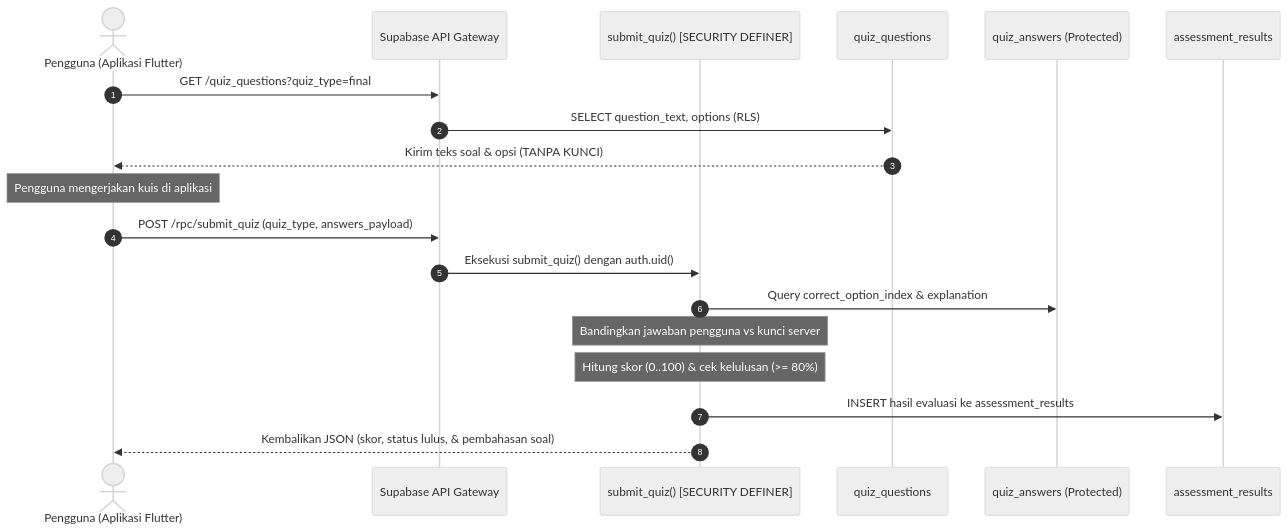
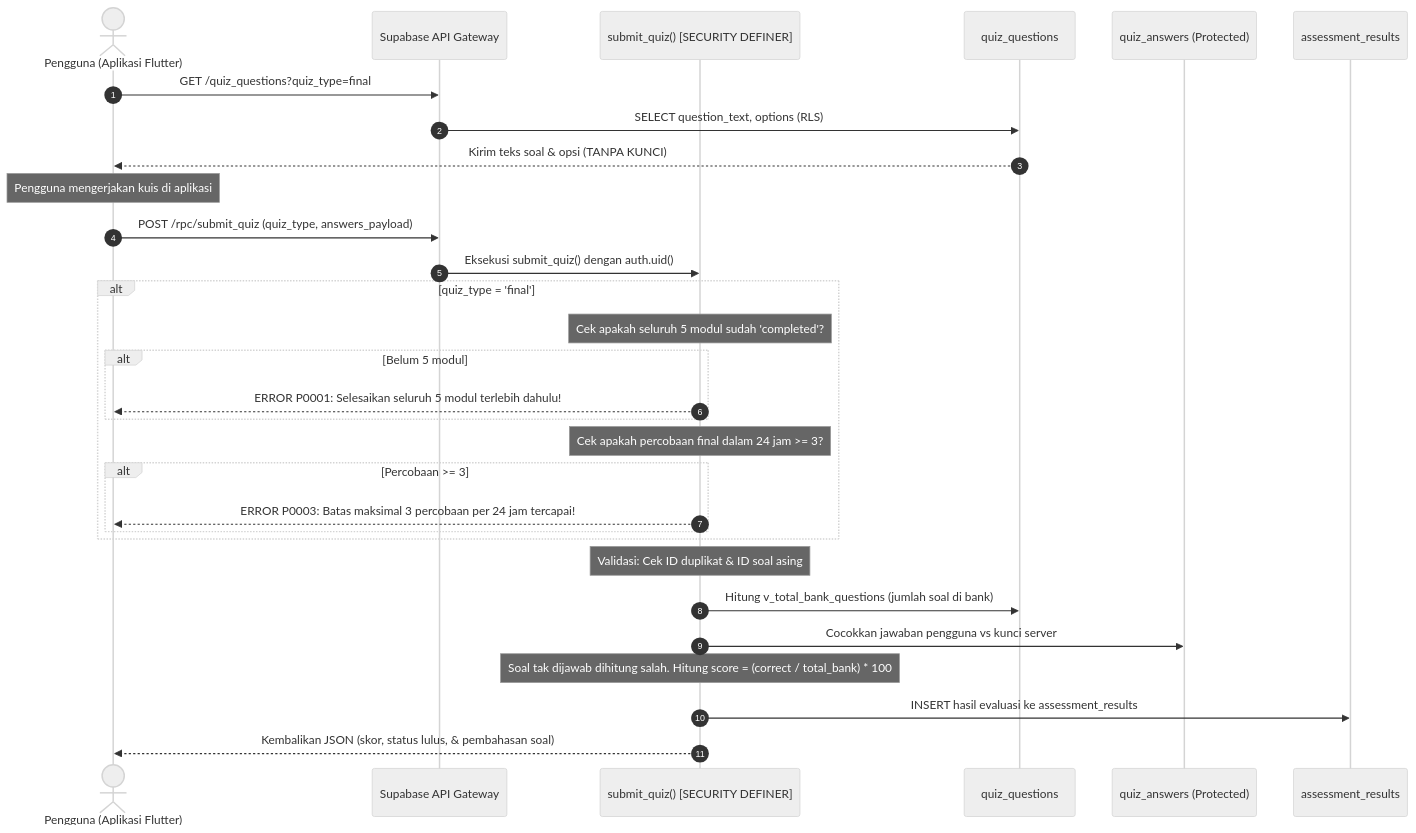
One commit to aladlhuu-hdp/Roveey-Learn changed the second of 4 diagrams in docs/BACKEND_DESIGN.md. Above: the diagram before and after it, drawn with Mermaid (neutral theme). The commit also changed other lines of this file and 5 other files, not shown here.

````diff
--- a/docs/BACKEND_DESIGN.md
+++ b/docs/BACKEND_DESIGN.md
@@ -272,24 +289,37 @@
 ```mermaid
 sequenceDiagram
     autonumber
     actor User as Pengguna (Aplikasi Flutter)
     participant PostgREST as Supabase API Gateway
     participant RPC as submit_quiz() [SECURITY DEFINER]
     participant QTable as quiz_questions
     participant ATable as quiz_answers (Protected)
     participant RTable as assessment_results
 
     User->>PostgREST: GET /quiz_questions?quiz_type=final
     PostgREST->>QTable: SELECT question_text, options (RLS)
     QTable-->>User: Kirim teks soal & opsi (TANPA KUNCI)
     
     Note over User: Pengguna mengerjakan kuis di aplikasi
     
     User->>PostgREST: POST /rpc/submit_quiz (quiz_type, answers_payload)
     PostgREST->>RPC: Eksekusi submit_quiz() dengan auth.uid()
-    RPC->>ATable: Query correct_option_index & explanation
-    Note over RPC: Bandingkan jawaban pengguna vs kunci server
-    Note over RPC: Hitung skor (0..100) & cek kelulusan (>= 80%)
+    
+    alt quiz_type = 'final'
+        Note over RPC: Cek apakah seluruh 5 modul sudah 'completed'?
+        alt Belum 5 modul
+            RPC-->>User: ERROR P0001: Selesaikan seluruh 5 modul terlebih dahulu!
+        end
+        Note over RPC: Cek apakah percobaan final dalam 24 jam >= 3?
+        alt Percobaan >= 3
+            RPC-->>User: ERROR P0003: Batas maksimal 3 percobaan per 24 jam tercapai!
+        end
+    end
+
+    Note over RPC: Validasi: Cek ID duplikat & ID soal asing
+    RPC->>QTable: Hitung v_total_bank_questions (jumlah soal di bank)
+    RPC->>ATable: Cocokkan jawaban pengguna vs kunci server
+    Note over RPC: Soal tak dijawab dihitung salah. Hitung score = (correct / total_bank) * 100
     RPC->>RTable: INSERT hasil evaluasi ke assessment_results
     RPC-->>User: Kembalikan JSON (skor, status lulus, & pembahasan soal)
 ```
````
